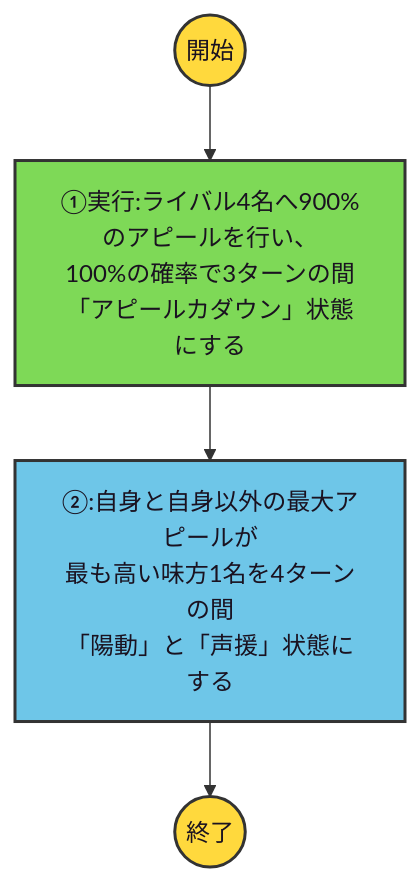
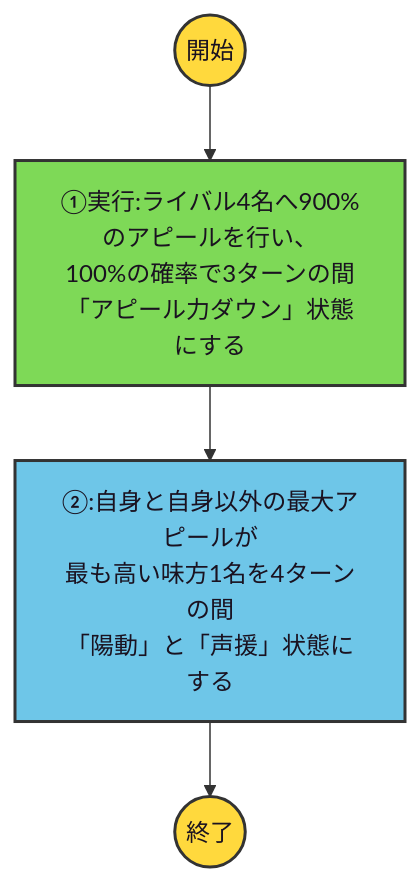
One commit to ryomochi0918/nogifra-characters changed the diagram in data/yoda_yuki/sentorhapsody_skill1.mmd. Above: the diagram before and after it, drawn with Mermaid. The commit also changed 19 other files, not shown here.

```diff
--- a/data/yoda_yuki/sentorhapsody_skill1.mmd
+++ b/data/yoda_yuki/sentorhapsody_skill1.mmd
@@ -1,9 +1,9 @@
 flowchart TD
     classDef startend fill:#FFD93D,stroke:#333,stroke-width:2px,color:#1a1220;
     classDef cond fill:#FF6B6B,stroke:#333,stroke-width:2px,color:#ffffff;
     classDef effect fill:#6EC6E8,stroke:#333,stroke-width:2px,color:#1a1220;
     classDef action fill:#7ED957,stroke:#333,stroke-width:2px,color:#1a1220;
 
-    start(("開始")):::startend --> a1["①実行:ライバル4名へ900%のアピールを行い、<br/>100%の確率で3ターンの間<br/>「アピールカダウン」状態にする"]:::action
+    start(("開始")):::startend --> a1["①実行:ライバル4名へ900%のアピールを行い、<br/>100%の確率で3ターンの間<br/>「アピール力ダウン」状態にする"]:::action
     a1 --> e2["②:自身と自身以外の最大アピールが<br/>最も高い味方1名を4ターンの間<br/>「陽動」と「声援」状態にする"]:::effect
     e2 --> finish(("終了")):::startend
```
